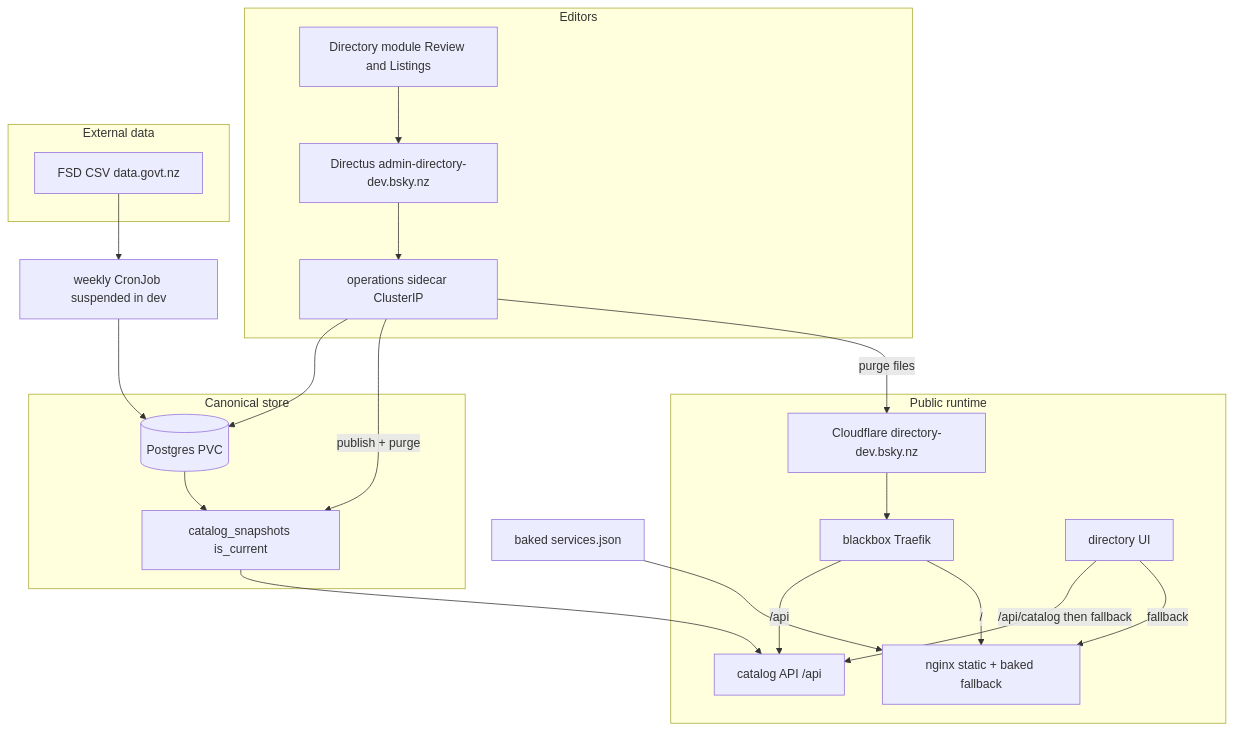
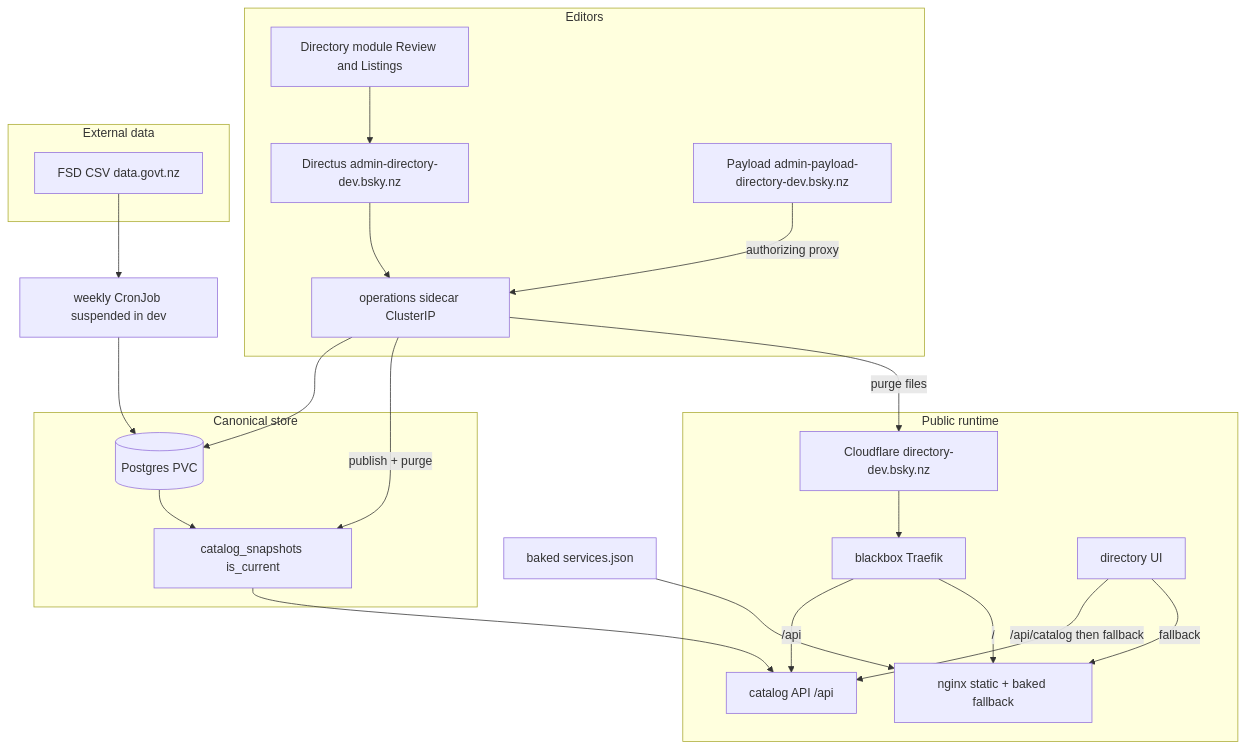
One commit to irab/porirua-locality-preview changed the diagram in docs/architecture/porirua-directory-architecture.md. Above: the diagram before and after it, drawn with Mermaid. The commit also changed other lines of this file and 37 other files, not shown here.

First line of the commit message:
Stand up Payload 3 as the Directory auth gate beside the catalog.

````diff
--- a/docs/architecture/porirua-directory-architecture.md
+++ b/docs/architecture/porirua-directory-architecture.md
@@ -27,35 +27,37 @@
 ```mermaid
 flowchart TB
   subgraph editors [Editors]
     Directus[Directus admin-directory-dev.bsky.nz]
+    Payload[Payload admin-payload-directory-dev.bsky.nz]
     Ops[operations sidecar ClusterIP]
     Module[Directory module Review and Listings]
   end
   subgraph external [External data]
     FSD[FSD CSV data.govt.nz]
   end
   subgraph data [Canonical store]
     PG[(Postgres PVC)]
     Snap[catalog_snapshots is_current]
   end
   subgraph public [Public runtime]
     CF[Cloudflare directory-dev.bsky.nz]
     BB[blackbox Traefik]
     API[catalog API /api]
     Nginx[nginx static + baked fallback]
     UI[directory UI]
   end
   Module --> Directus
+  Payload -->|authorizing proxy| Ops
   FSD --> Sync[weekly CronJob suspended in dev]
   Sync --> PG
   Directus --> Ops --> PG
   Ops -->|publish + purge| Snap
   Ops -->|purge files| CF
   PG --> Snap --> API
   JSON[baked services.json] --> Nginx
   UI -->|/api/catalog then fallback| API
   UI -->|fallback| Nginx
   CF --> BB
   BB -->|/api| API
   BB -->|/| Nginx
 ```
````
